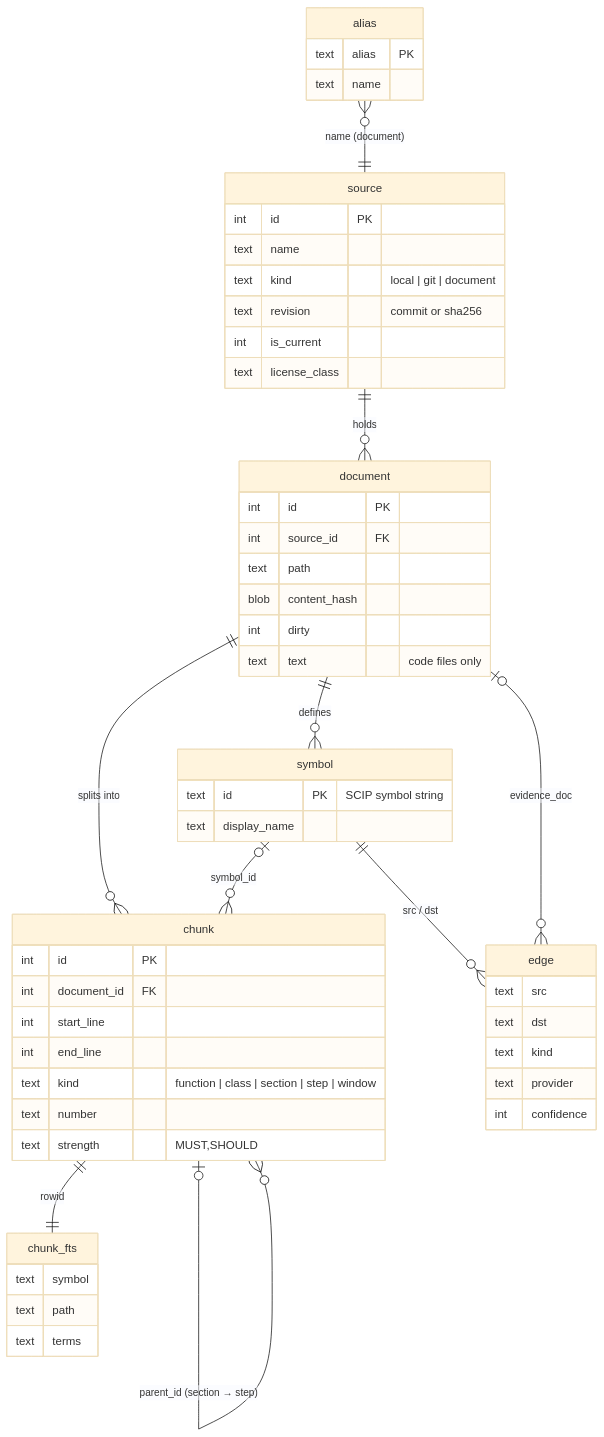
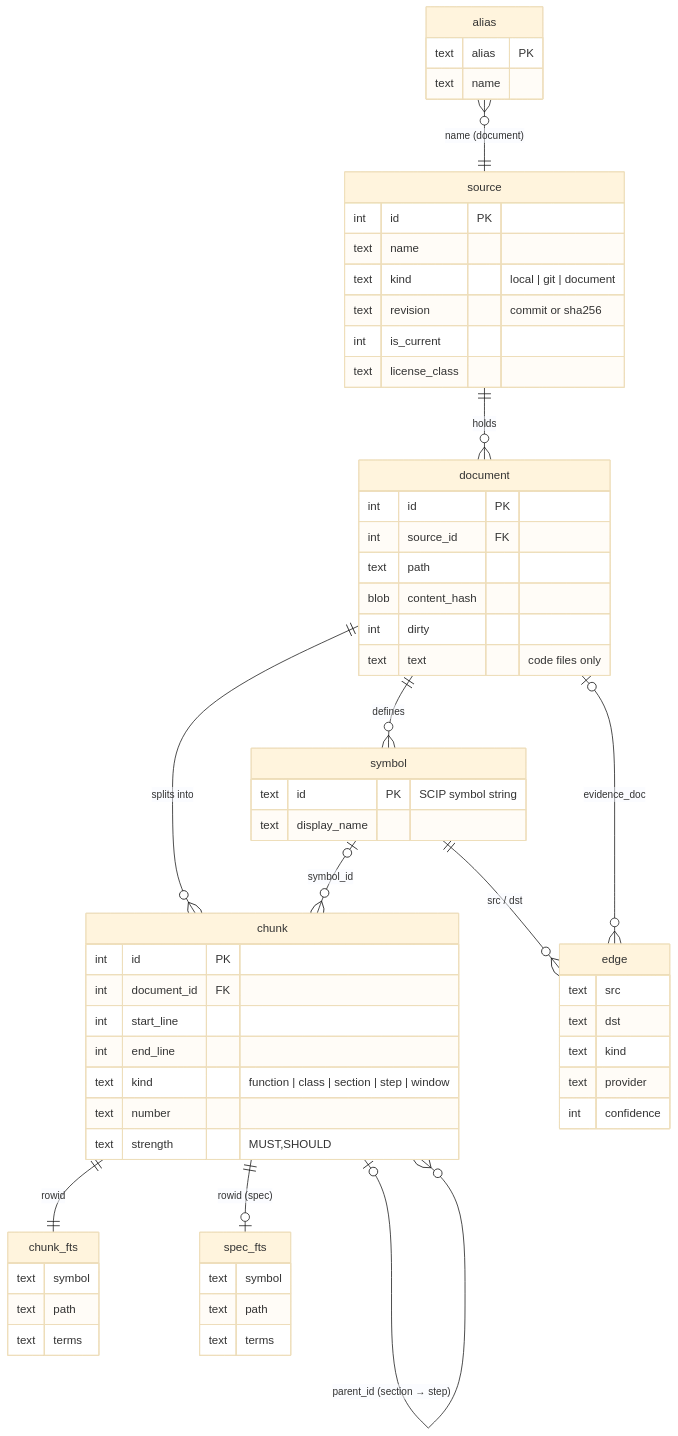
The fifth of 5 diagrams in docs/design.md (jamescrowley321/codecite), drawn with Mermaid (base theme) before and after one commit. The commit also changed other lines of this file and 5 other files, not shown here.

First line of the commit message:
feat(index): stem spec text and drop query stopwords (#164)

````diff
--- a/docs/design.md
+++ b/docs/design.md
@@ -207,57 +213,63 @@
 ```mermaid
 erDiagram
   source ||--o{ document : "holds"
   document ||--o{ chunk : "splits into"
   document ||--o{ symbol : "defines"
   chunk |o--o{ chunk : "parent_id (section → step)"
   symbol |o--o{ chunk : "symbol_id"
   chunk ||--|| chunk_fts : "rowid"
+  chunk ||--o| spec_fts : "rowid (spec)"
   symbol ||--o{ edge : "src / dst"
   document |o--o{ edge : "evidence_doc"
   alias }o--|| source : "name (document)"
   source {
     int id PK
     text name
     text kind "local | git | document"
     text revision "commit or sha256"
     int is_current
     text license_class
   }
   document {
     int id PK
     int source_id FK
     text path
     blob content_hash
     int dirty
     text text "code files only"
   }
   chunk {
     int id PK
     int document_id FK
     int start_line
     int end_line
     text kind "function | class | section | step | window"
     text number
     text strength "MUST,SHOULD"
   }
   symbol {
     text id PK "SCIP symbol string"
     text display_name
   }
   edge {
     text src
     text dst
     text kind
     text provider
     int confidence
   }
   alias {
     text alias PK
     text name
   }
   chunk_fts {
     text symbol
     text path
     text terms
   }
+  spec_fts {
+    text symbol
+    text path
+    text terms
+  }
 ```
````
